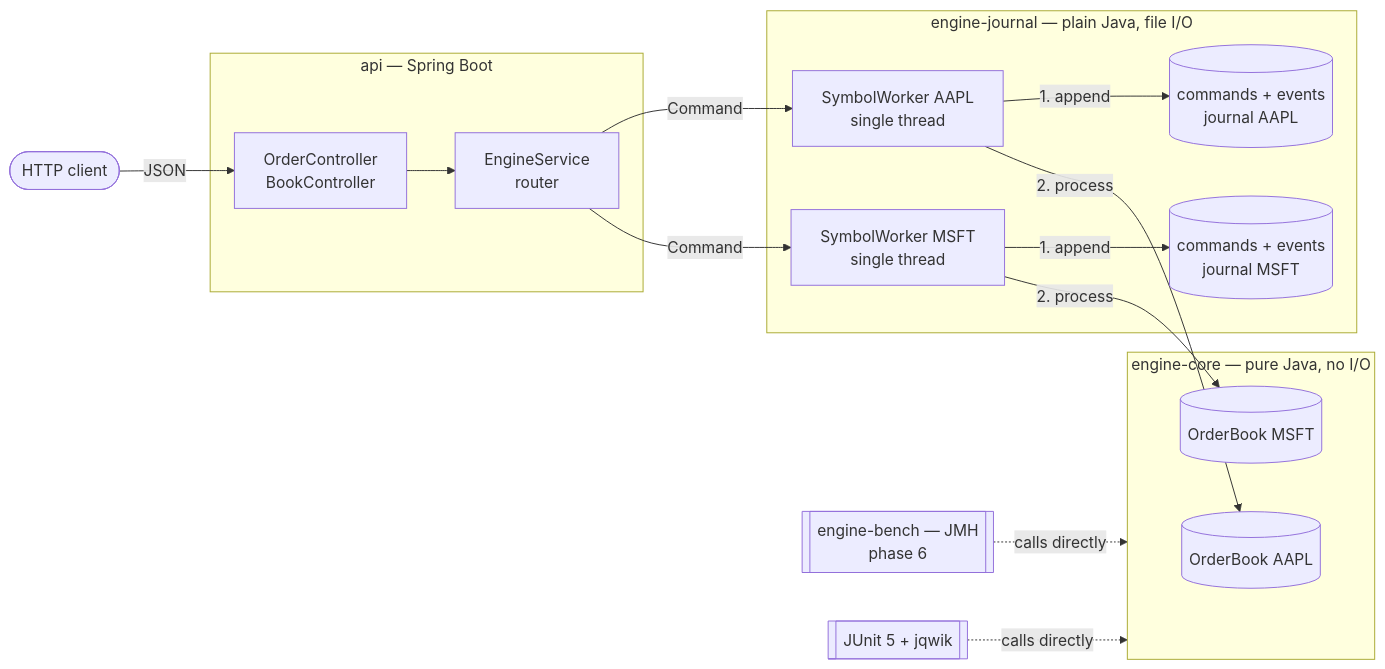
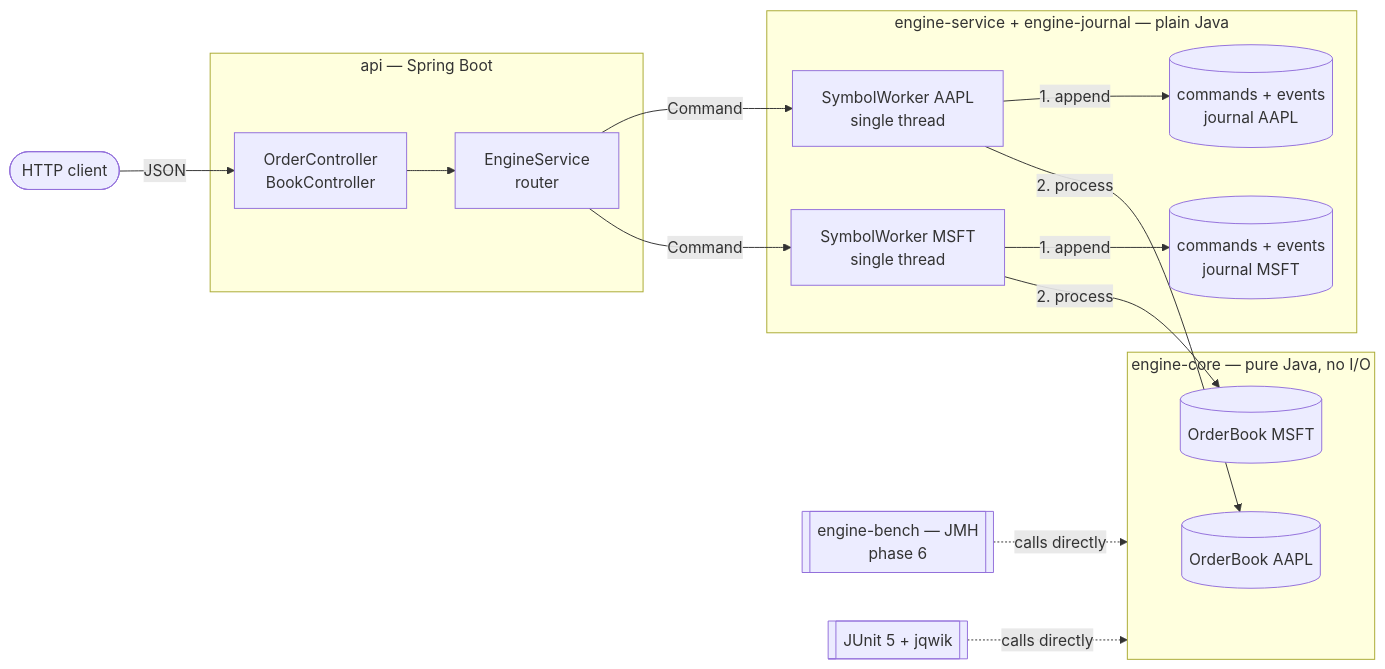
Before and after one commit to Ahmed-Berrada/Order_Book: the first of 4 diagrams in README.md, drawn with Mermaid. The commit also changed other lines of this file and 2 other files, not shown here.

First line of the commit message:
docs: README, roadmap and CI for phase 3a

````diff
--- a/README.md
+++ b/README.md
@@ -39,34 +40,34 @@
 ```mermaid
 flowchart LR
     client([HTTP client])
 
     subgraph api ["api — Spring Boot"]
         ctrl[OrderController<br/>BookController]
         svc[EngineService<br/>router]
     end
 
-    subgraph journal ["engine-journal — plain Java, file I/O"]
+    subgraph journal ["engine-service + engine-journal — plain Java"]
         w1[SymbolWorker AAPL<br/>single thread]
         w2[SymbolWorker MSFT<br/>single thread]
         j1[(commands + events<br/>journal AAPL)]
         j2[(commands + events<br/>journal MSFT)]
     end
 
     subgraph core ["engine-core — pure Java, no I/O"]
         b1[(OrderBook AAPL)]
         b2[(OrderBook MSFT)]
     end
 
     bench[[engine-bench — JMH<br/>phase 6]]
     tests[[JUnit 5 + jqwik]]
 
     client -->|JSON| ctrl --> svc
     svc -->|Command| w1
     svc -->|Command| w2
     w1 -->|1. append| j1
     w1 -->|2. process| b1
     w2 -->|1. append| j2
     w2 -->|2. process| b2
     bench -.->|calls directly| core
     tests -.->|calls directly| core
 ```
````
